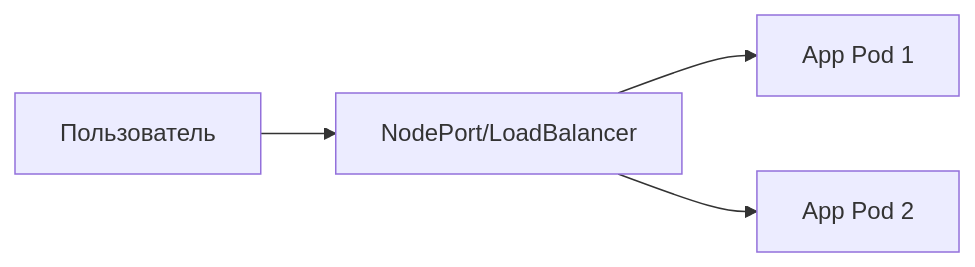
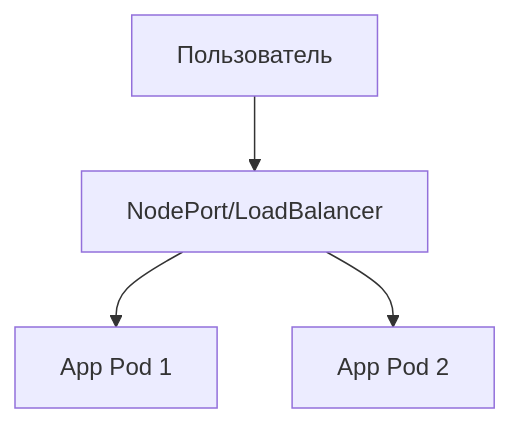
One commit to mistermedved01/enter-to-devops changed the second of 3 diagrams in 05-Container-Orchestration/5-5-Сеть-и-сервисы-Service.md. Above: the diagram before and after it, drawn with Mermaid.

Commit message:
Edit_5-5

````diff
--- a/05-Container-Orchestration/5-5-Сеть-и-сервисы-Service.md
+++ b/05-Container-Orchestration/5-5-Сеть-и-сервисы-Service.md
@@ -280,6 +280,6 @@
 ```mermaid
-flowchart LR
+flowchart TD
     A[Пользователь] --> B[NodePort/LoadBalancer]
     B --> C[App Pod 1]
     B --> D[App Pod 2]
 ```
````
